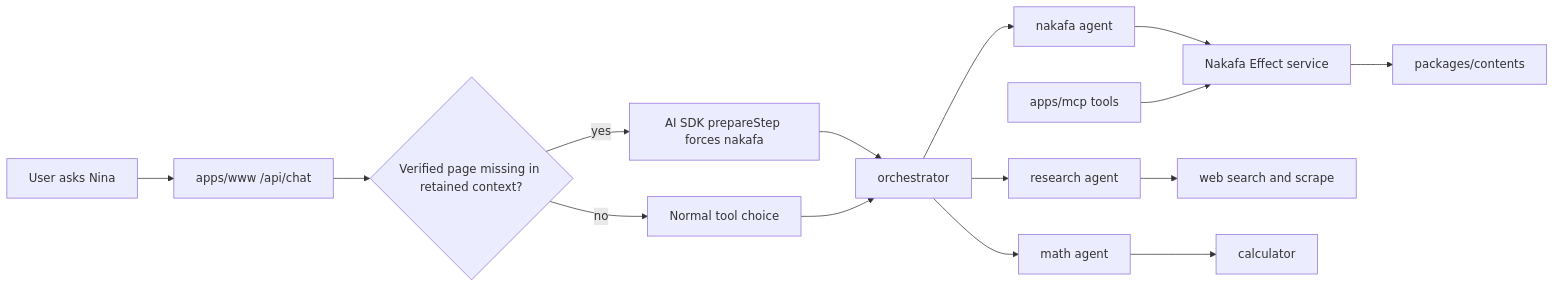
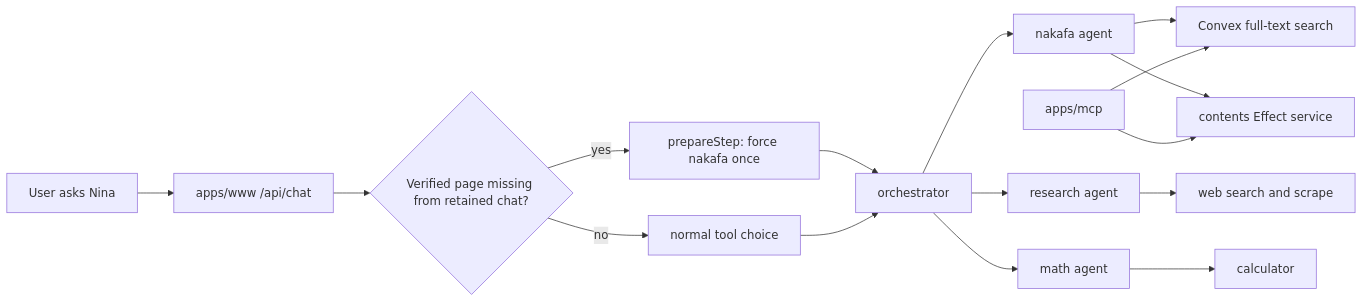
Before and after one commit to nakafaai/nakafa.com: the first of 2 diagrams in packages/ai/agents/docs/architecture.md, drawn with Mermaid. The commit also changed other lines of this file and 123 other files, not shown here.

First line of the commit message:
Add Convex content search and agent integration

````diff
--- a/packages/ai/agents/docs/architecture.md
+++ b/packages/ai/agents/docs/architecture.md
@@ -9,17 +9,18 @@
 ```mermaid
 flowchart LR
   User["User asks Nina"] --> Route["apps/www /api/chat"]
-  Route --> Check{"Verified page missing in retained context?"}
-  Check -- "yes" --> Force["AI SDK prepareStep forces nakafa"]
-  Check -- "no" --> Normal["Normal tool choice"]
-  Force --> Orchestrator["orchestrator"]
+  Route --> Check{"Verified page missing from retained chat?"}
+  Check -- "yes" --> Forced["prepareStep: force nakafa once"]
+  Check -- "no" --> Normal["normal tool choice"]
+  Forced --> Orchestrator["orchestrator"]
   Normal --> Orchestrator
   Orchestrator --> Nakafa["nakafa agent"]
   Orchestrator --> Research["research agent"]
   Orchestrator --> Math["math agent"]
-  Nakafa --> Service["Nakafa Effect service"]
-  Mcp["apps/mcp tools"] --> Service
-  Service --> Contents["packages/contents"]
+  Nakafa --> Search["Convex full-text search"]
+  Nakafa --> Content["contents Effect service"]
+  Mcp["apps/mcp"] --> Search
+  Mcp --> Content
   Research --> Web["web search and scrape"]
-  Math --> Calc["calculator"]
+  Math --> Calculator["calculator"]
 ```
````
